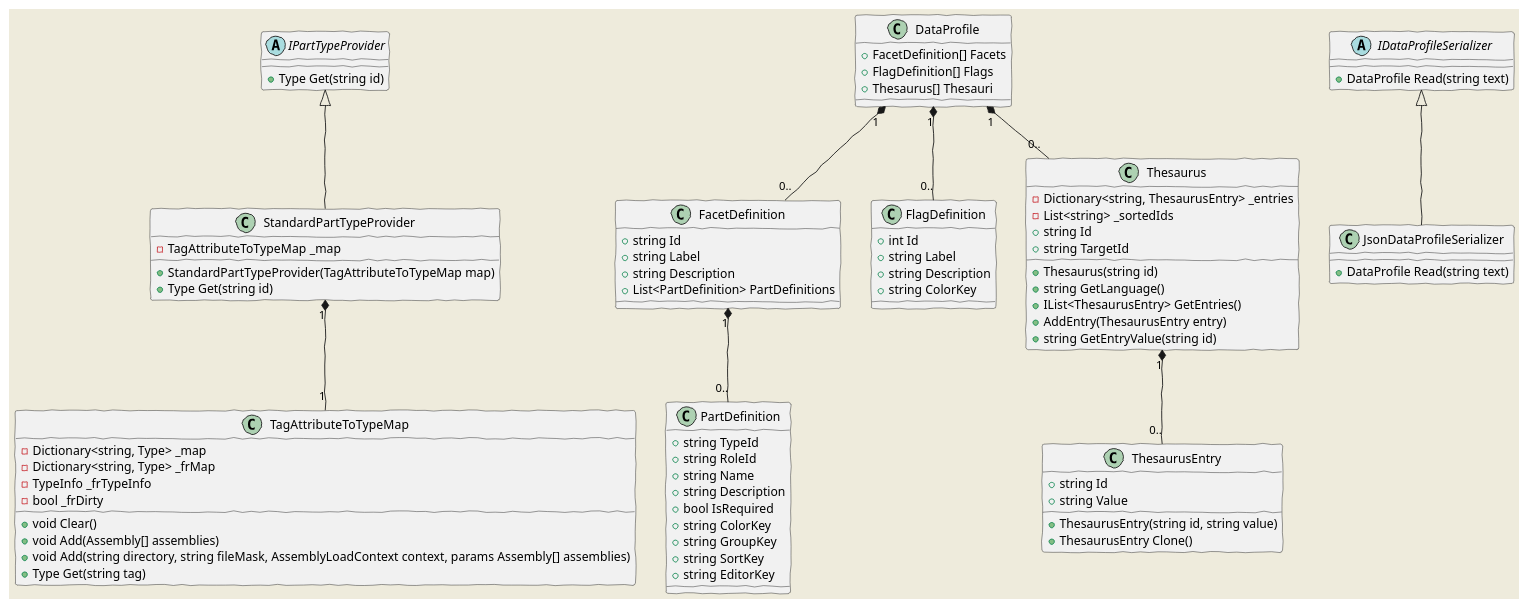
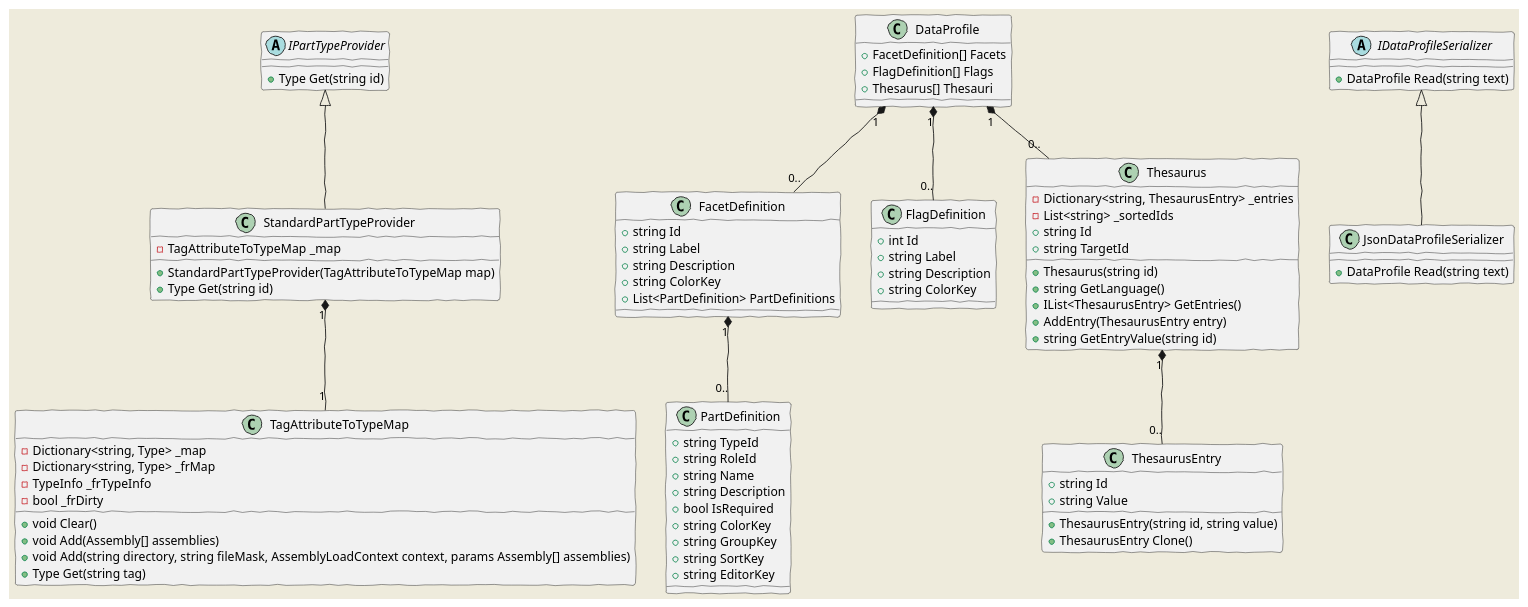
The third of 4 diagrams in Doc/core.md (vedph/cadmus_core), drawn with PlantUML before and after one commit. The commit also changed other lines of this file and 1 other file, not shown here.

````diff
--- a/Doc/core.md
+++ b/Doc/core.md
@@ -305,74 +307,75 @@
 ```plantuml
 @startuml
     skinparam backgroundColor #EEEBDC
     skinparam handwritten true
 
     abstract class IPartTypeProvider
     IPartTypeProvider : +Type Get(string id)
 
     TagAttributeToTypeMap : -Dictionary<string, Type> _map
     TagAttributeToTypeMap : -Dictionary<string, Type> _frMap
     TagAttributeToTypeMap : -TypeInfo _frTypeInfo
     TagAttributeToTypeMap : -bool _frDirty
     TagAttributeToTypeMap : +void Clear()
     TagAttributeToTypeMap : +void Add(Assembly[] assemblies)
     TagAttributeToTypeMap : +void Add(string directory, string fileMask, AssemblyLoadContext context, params Assembly[] assemblies)
     TagAttributeToTypeMap : +Type Get(string tag)
 
     IPartTypeProvider <|-- StandardPartTypeProvider
     StandardPartTypeProvider "1"*--"1" TagAttributeToTypeMap
     StandardPartTypeProvider : -TagAttributeToTypeMap _map
     StandardPartTypeProvider : +StandardPartTypeProvider(TagAttributeToTypeMap map)
     StandardPartTypeProvider : +Type Get(string id)
 
     PartDefinition : +string TypeId
     PartDefinition : +string RoleId
     PartDefinition : +string Name
     PartDefinition : +string Description
     PartDefinition : +bool IsRequired
     PartDefinition : +string ColorKey
     PartDefinition : +string GroupKey
     PartDefinition : +string SortKey
     PartDefinition : +string EditorKey
 
     FacetDefinition : +string Id
     FacetDefinition : +string Label
     FacetDefinition : +string Description
+    FacetDefinition : +string ColorKey
     FacetDefinition : +List<PartDefinition> PartDefinitions
     FacetDefinition "1"*--"0.." PartDefinition
 
     FlagDefinition : +int Id
     FlagDefinition : +string Label
     FlagDefinition : +string Description
     FlagDefinition : +string ColorKey
 
     ThesaurusEntry : +string Id
     ThesaurusEntry : +string Value
     ThesaurusEntry : +ThesaurusEntry(string id, string value)
     ThesaurusEntry : +ThesaurusEntry Clone()
 
     Thesaurus : -Dictionary<string, ThesaurusEntry> _entries
     Thesaurus : -List<string> _sortedIds
     Thesaurus : +string Id
     Thesaurus : +string TargetId
     Thesaurus : +Thesaurus(string id)
     Thesaurus : +string GetLanguage()
     Thesaurus : +IList<ThesaurusEntry> GetEntries()
     Thesaurus : +AddEntry(ThesaurusEntry entry)
     Thesaurus : +string GetEntryValue(string id)
     Thesaurus "1"*--"0.." ThesaurusEntry
 
     DataProfile : +FacetDefinition[] Facets
     DataProfile : +FlagDefinition[] Flags
     DataProfile : +Thesaurus[] Thesauri
     DataProfile "1"*--"0.." FacetDefinition
     DataProfile "1"*--"0.." FlagDefinition
     DataProfile "1"*--"0.." Thesaurus
 
     abstract class IDataProfileSerializer
     IDataProfileSerializer : +DataProfile Read(string text)
 
     IDataProfileSerializer <|-- JsonDataProfileSerializer
     JsonDataProfileSerializer : +DataProfile Read(string text)
 @enduml
 ```
````
